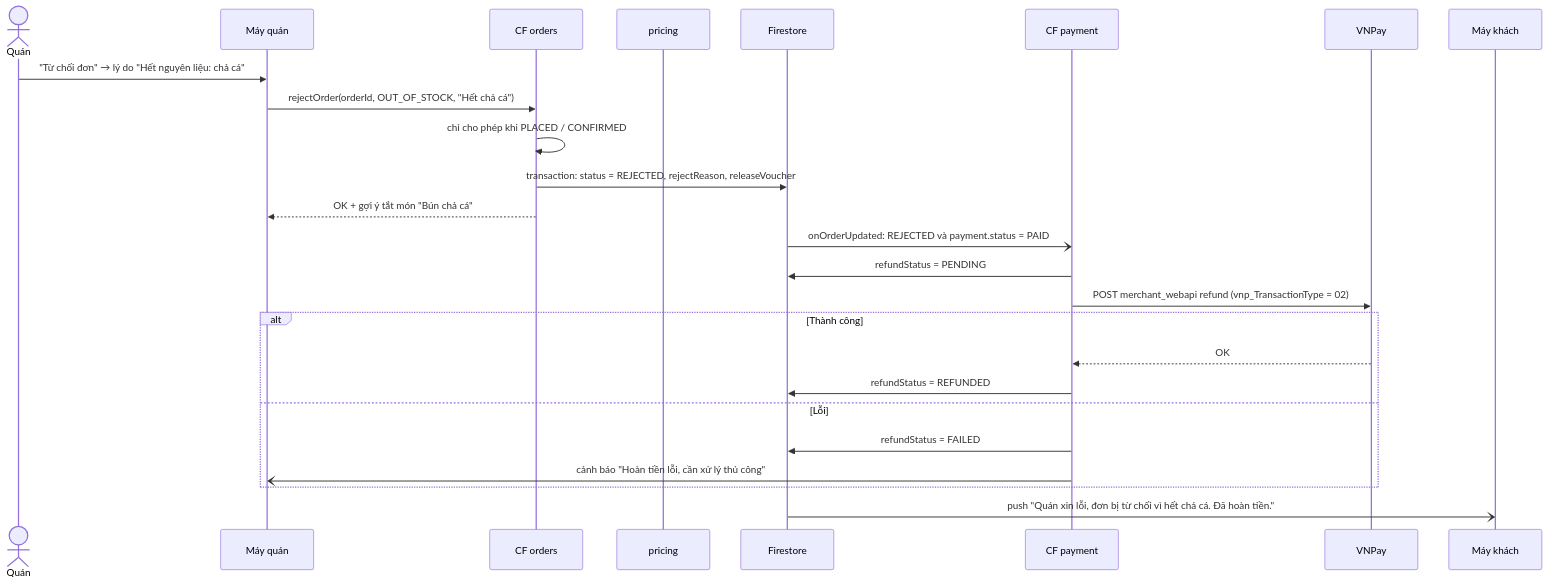
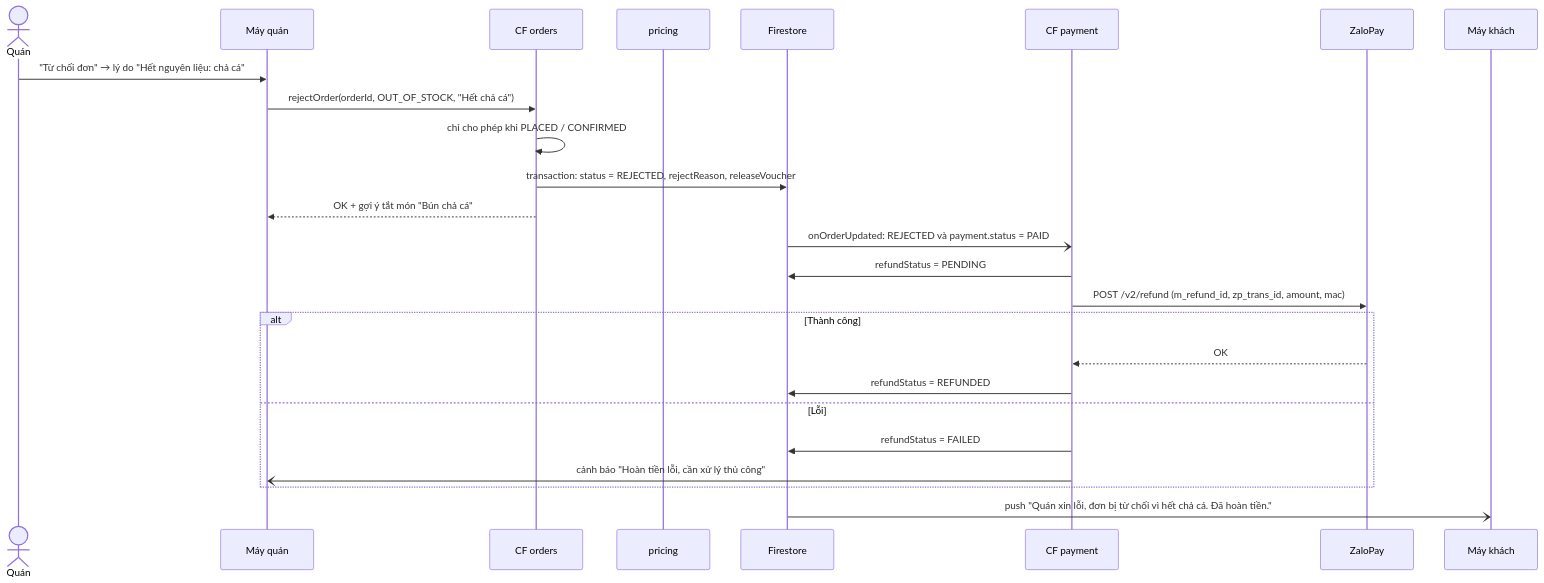
One commit to thanhpino/MobileAppFinalProject-MiaoSong changed the eighth of 16 diagrams in docs/04-sequence-diagrams.md. Above: the diagram before and after it, drawn with Mermaid. The commit also changed other lines of this file and 51 other files, not shown here.

Commit message:
- completed class diagrams - completed activity diagrams - completed use case diagrams - completed test plans - adjusted the sequence diagrams from TMT after changing from vnpay to zalopay, and ggmap to openstreetmap

````diff
--- a/docs/04-sequence-diagrams.md
+++ b/docs/04-sequence-diagrams.md
@@ -251,27 +256,27 @@
 ```mermaid
 sequenceDiagram
     actor Q as Quán
     participant MAPP as Máy quán
     participant ORD as CF orders
     participant PRI as pricing
     participant FS as Firestore
     participant PAY as CF payment
-    participant GW as VNPay
+    participant GW as ZaloPay
     participant KAPP as Máy khách
     Q->>MAPP: "Từ chối đơn" → lý do "Hết nguyên liệu: chả cá"
     MAPP->>ORD: rejectOrder(orderId, OUT_OF_STOCK, "Hết chả cá")
     ORD->>ORD: chỉ cho phép khi PLACED / CONFIRMED
     ORD->>FS: transaction: status = REJECTED, rejectReason, releaseVoucher
     ORD-->>MAPP: OK + gợi ý tắt món "Bún chả cá"
     FS-)PAY: onOrderUpdated: REJECTED và payment.status = PAID
     PAY->>FS: refundStatus = PENDING
-    PAY->>GW: POST merchant_webapi refund (vnp_TransactionType = 02)
+    PAY->>GW: POST /v2/refund (m_refund_id, zp_trans_id, amount, mac)
     alt Thành công
         GW-->>PAY: OK
         PAY->>FS: refundStatus = REFUNDED
     else Lỗi
         PAY->>FS: refundStatus = FAILED
         PAY-)MAPP: cảnh báo "Hoàn tiền lỗi, cần xử lý thủ công"
     end
     FS-)KAPP: push "Quán xin lỗi, đơn bị từ chối vì hết chả cá. Đã hoàn tiền."
 ```
````
